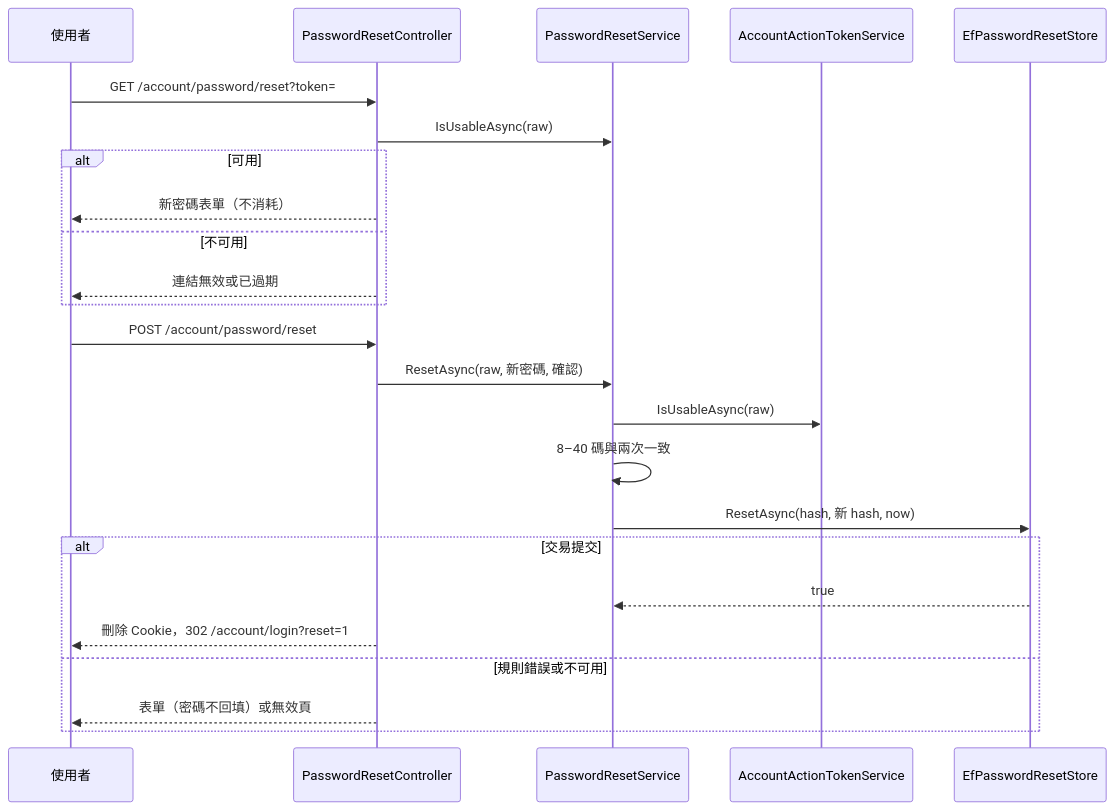
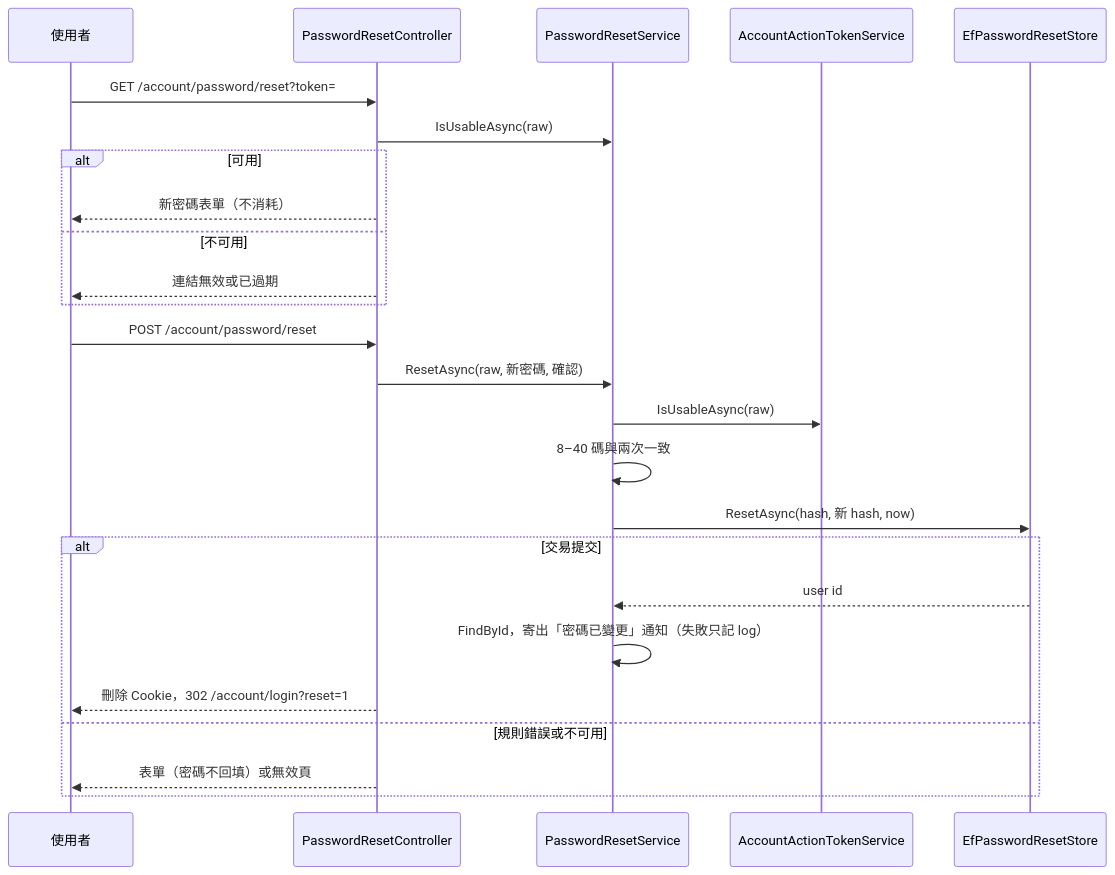
Diagram 17 of 17 in Application/docs/workflow-diagram.md (Arthur801/Book-Finder), drawn with Mermaid before and after one commit. The commit also changed 19 other files, not shown here.

````diff
--- a/Application/docs/workflow-diagram.md
+++ b/Application/docs/workflow-diagram.md
@@ -424,26 +424,27 @@
 ```mermaid
 sequenceDiagram
     participant U as 使用者
     participant C as PasswordResetController
     participant S as PasswordResetService
     participant T as AccountActionTokenService
     participant ST as EfPasswordResetStore
     U->>C: GET /account/password/reset?token=
     C->>S: IsUsableAsync(raw)
     alt 可用
         C-->>U: 新密碼表單（不消耗）
     else 不可用
         C-->>U: 連結無效或已過期
     end
     U->>C: POST /account/password/reset
     C->>S: ResetAsync(raw, 新密碼, 確認)
     S->>T: IsUsableAsync(raw)
     S->>S: 8–40 碼與兩次一致
     S->>ST: ResetAsync(hash, 新 hash, now)
     alt 交易提交
-        ST-->>S: true
+        ST-->>S: user id
+        S->>S: FindById，寄出「密碼已變更」通知（失敗只記 log）
         C-->>U: 刪除 Cookie，302 /account/login?reset=1
     else 規則錯誤或不可用
         C-->>U: 表單（密碼不回填）或無效頁
     end
 ```
````
